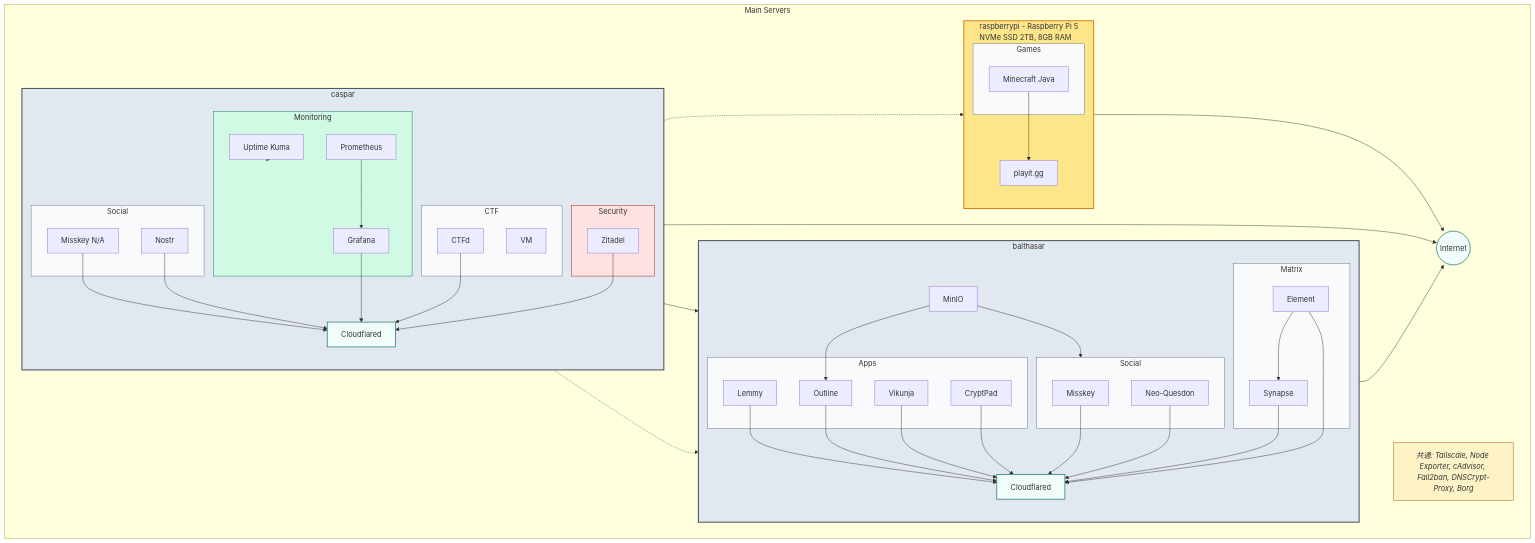
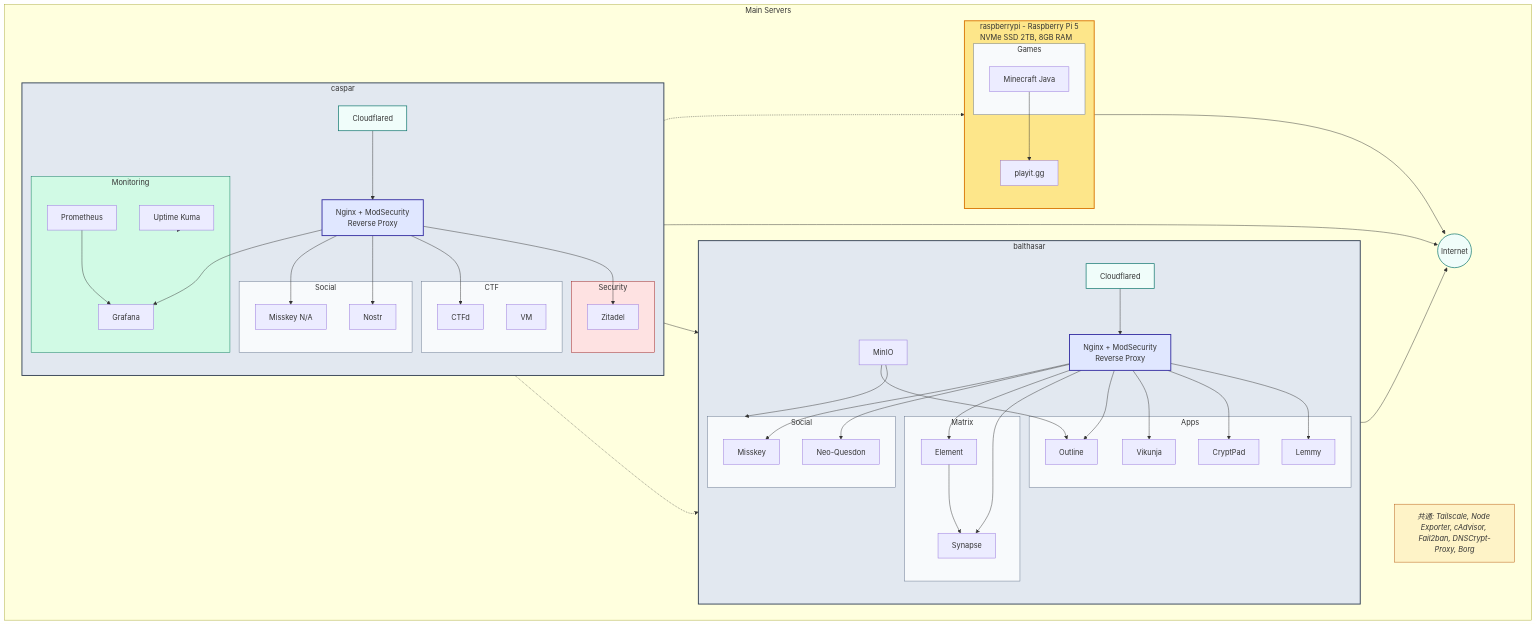
One commit to yamisskey-dev/hosted-list changed the first of 4 diagrams in README.md. Above: the diagram before and after it, drawn with Mermaid.

````diff
--- a/README.md
+++ b/README.md
@@ -10,6 +10,7 @@
 classDef common fill:#fef3c7,stroke:#b45309,stroke-width:1px,font-style:italic
 classDef cloudflare fill:#f0fdfa,stroke:#0f766e,stroke-width:1.5px
 classDef rpi fill:#fde68a,stroke:#d97706,stroke-width:2px
+classDef proxy fill:#e0e7ff,stroke:#3730a3,stroke-width:2px
 
 %% Main Infrastructure
 subgraph main_servers[Main Servers]
@@ -22,6 +23,7 @@
         direction TB
         minio[MinIO]
         cloudflared_b[Cloudflared]:::cloudflare
+        nginx_b[Nginx + ModSecurity<br/>Reverse Proxy]:::proxy
         
         subgraph social[Social]
             yamisskey[Misskey]
@@ -44,6 +46,7 @@
     subgraph caspar[caspar]
         direction TB
         cloudflared_c[Cloudflared]:::cloudflare
+        nginx_c[Nginx + ModSecurity<br/>Reverse Proxy]:::proxy
         
         subgraph security[Security]
             zitadel[Zitadel]
@@ -89,12 +92,30 @@
 uptime -.-> caspar
 uptime -.-> raspberrypi
 
-%% Cloudflared connections for external access
+%% Cloudflared to Nginx connections
+cloudflared_b --> nginx_b
+cloudflared_c --> nginx_c
+
+%% Nginx reverse proxy connections to services
+nginx_b --> yamisskey
+nginx_b --> neoquesdon
+nginx_b --> element
+nginx_b --> synapse
+nginx_b --> outline
+nginx_b --> vikunja
+nginx_b --> cryptpad
+nginx_b --> lemmy
+
+nginx_c --> nayamisskey
+nginx_c --> nostream
+nginx_c --> grafana
+nginx_c --> ctfd
+nginx_c --> zitadel
+
+%% External connections
 playig --> internet
 cloudflared_b --> internet
 cloudflared_c --> internet
-yamisskey & neoquesdon & element & synapse & outline & vikunja & cryptpad & lemmy--> cloudflared_b
-nayamisskey & nostream & grafana & ctfd & zitadel --> cloudflared_c
 
 %% Apply styles
 class balthasar,caspar homeServer
@@ -103,4 +124,5 @@
 class monitoring monitoring
 class security security
 class cloudflared_b,cloudflared_c cloudflare
+class nginx_b,nginx_c proxy
 ```
````
